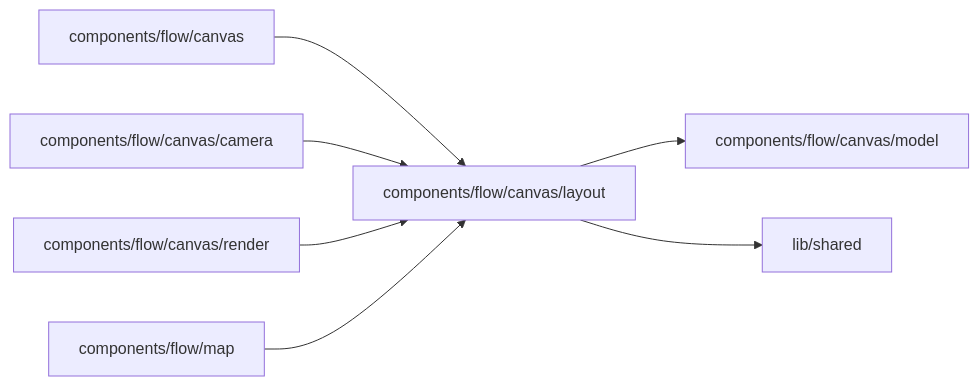
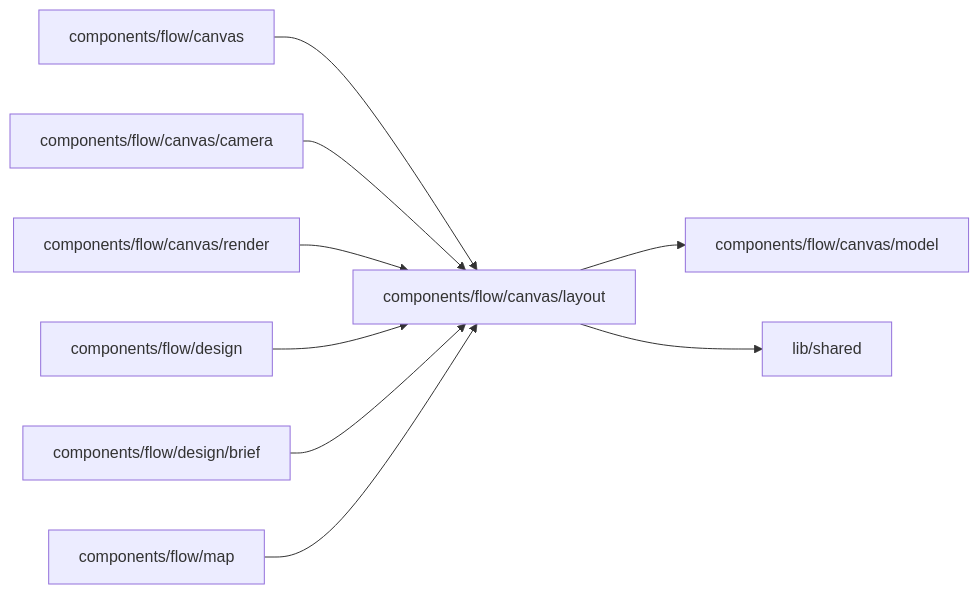
The diagram in web/studio/components/flow/canvas/layout/README.md (superdurable/superverse), drawn with Mermaid before and after one commit. The commit also changed other lines of this file and 278 other files, not shown here.

````diff
--- a/web/studio/components/flow/canvas/layout/README.md
+++ b/web/studio/components/flow/canvas/layout/README.md
@@ -10,10 +10,12 @@
 ```mermaid
 flowchart LR
   self["components/flow/canvas/layout"]
   c0["components/flow/canvas"] --> self
   c1["components/flow/canvas/camera"] --> self
   c2["components/flow/canvas/render"] --> self
-  c3["components/flow/map"] --> self
+  c3["components/flow/design"] --> self
+  c4["components/flow/design/brief"] --> self
+  c5["components/flow/map"] --> self
   self --> d0["components/flow/canvas/model"]
   self --> d1["lib/shared"]
 ```
````
